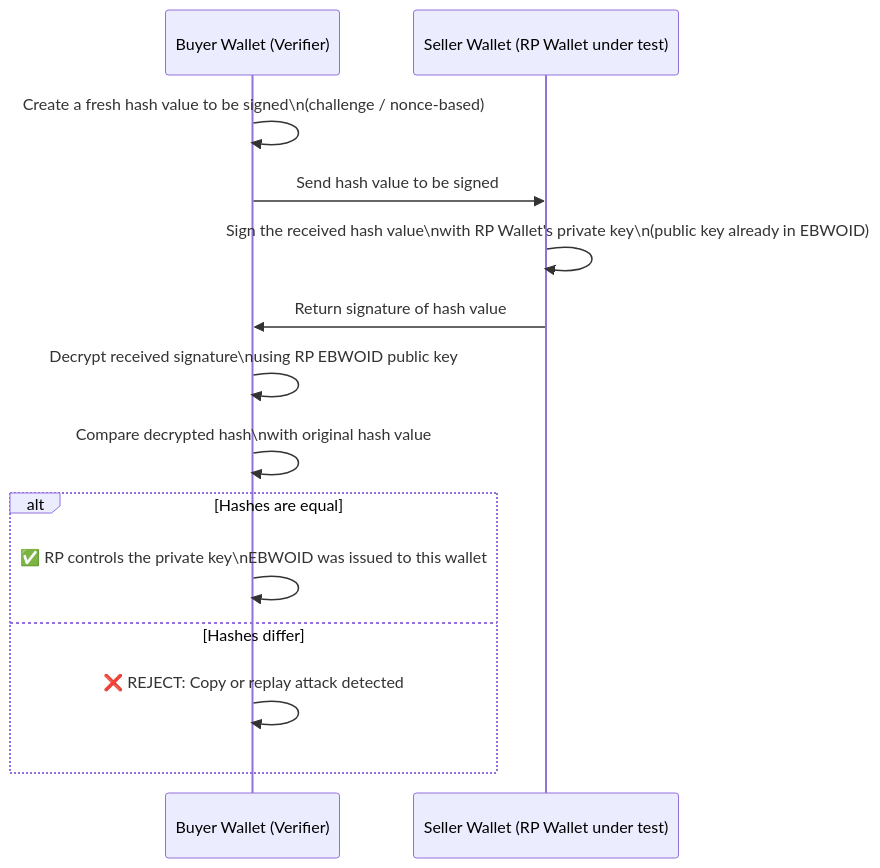
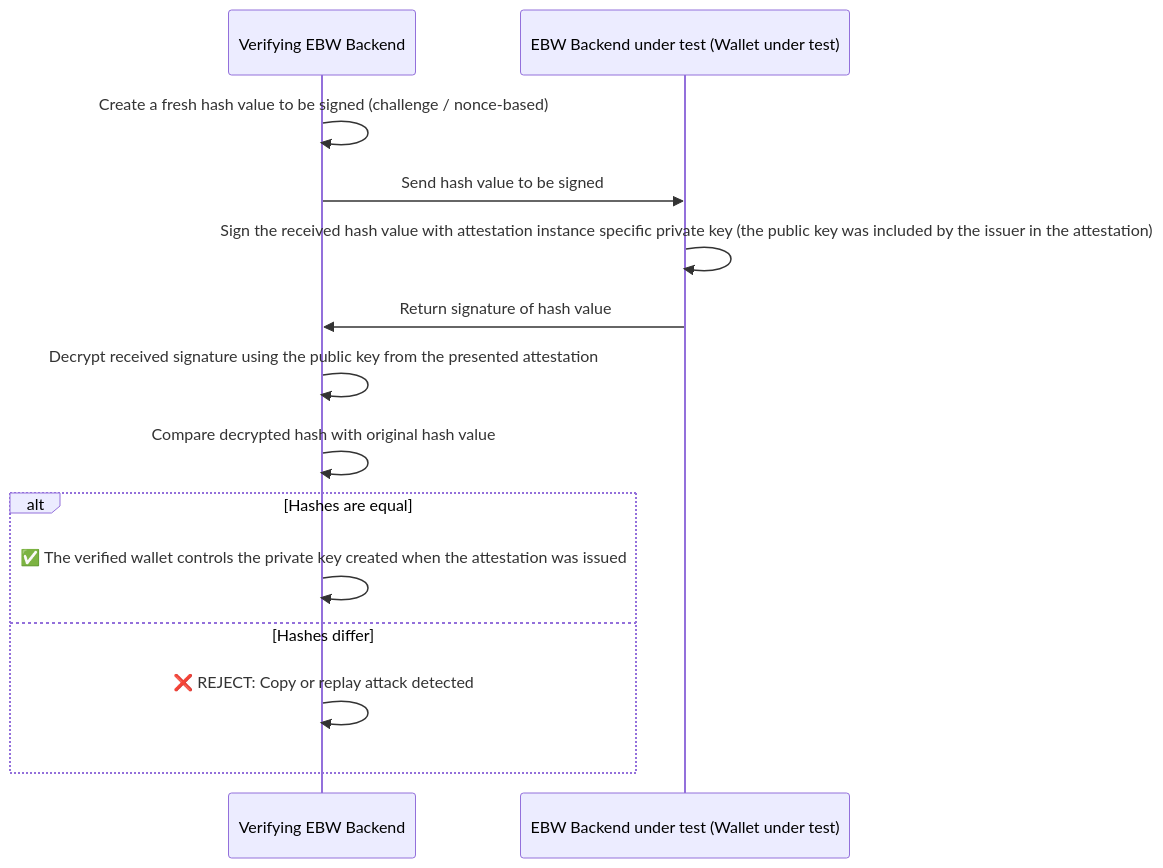
One commit to webuild-consortium/webuild-attestation-rulebooks-catalog changed the sixth of 6 diagrams in rulebooks/rb-base/verifier-base-verification.md. Above: the diagram before and after it, drawn with Mermaid. The commit also changed other lines of this file, not shown here.

First line of the commit message:
Update verifier-base-verification.md

````diff
--- a/rulebooks/rb-base/verifier-base-verification.md
+++ b/rulebooks/rb-base/verifier-base-verification.md
@@ -321,16 +358,16 @@
 ```mermaid
 sequenceDiagram
-    participant HW as Buyer Wallet (Verifier)
-    participant SW as Seller Wallet (RP Wallet under test)
-    HW->>HW: Create a fresh hash value to be signed\n(challenge / nonce-based)
+participant HW as Verifying EBW Backend 
+participant SW as EBW Backend under test (Wallet under test)
+    HW->>HW: Create a fresh hash value to be signed (challenge / nonce-based)
     HW->>SW: Send hash value to be signed
-    SW->>SW: Sign the received hash value\nwith RP Wallet's private key\n(public key already in EBWOID)
+    SW->>SW: Sign the received hash value with attestation instance specific private key (the public key was included by the issuer in the attestation)
     SW->>HW: Return signature of hash value
-    HW->>HW: Decrypt received signature\nusing RP EBWOID public key
-    HW->>HW: Compare decrypted hash\nwith original hash value
+    HW->>HW: Decrypt received signature using the public key from the presented attestation
+    HW->>HW: Compare decrypted hash with original hash value
     alt Hashes are equal
-        HW->>HW: ✅ RP controls the private key\nEBWOID was issued to this wallet
+        HW->>HW: ✅ The verified wallet controls the private key created when the attestation was issued
     else Hashes differ
         HW->>HW: ❌ REJECT: Copy or replay attack detected
     end
 ```
````
